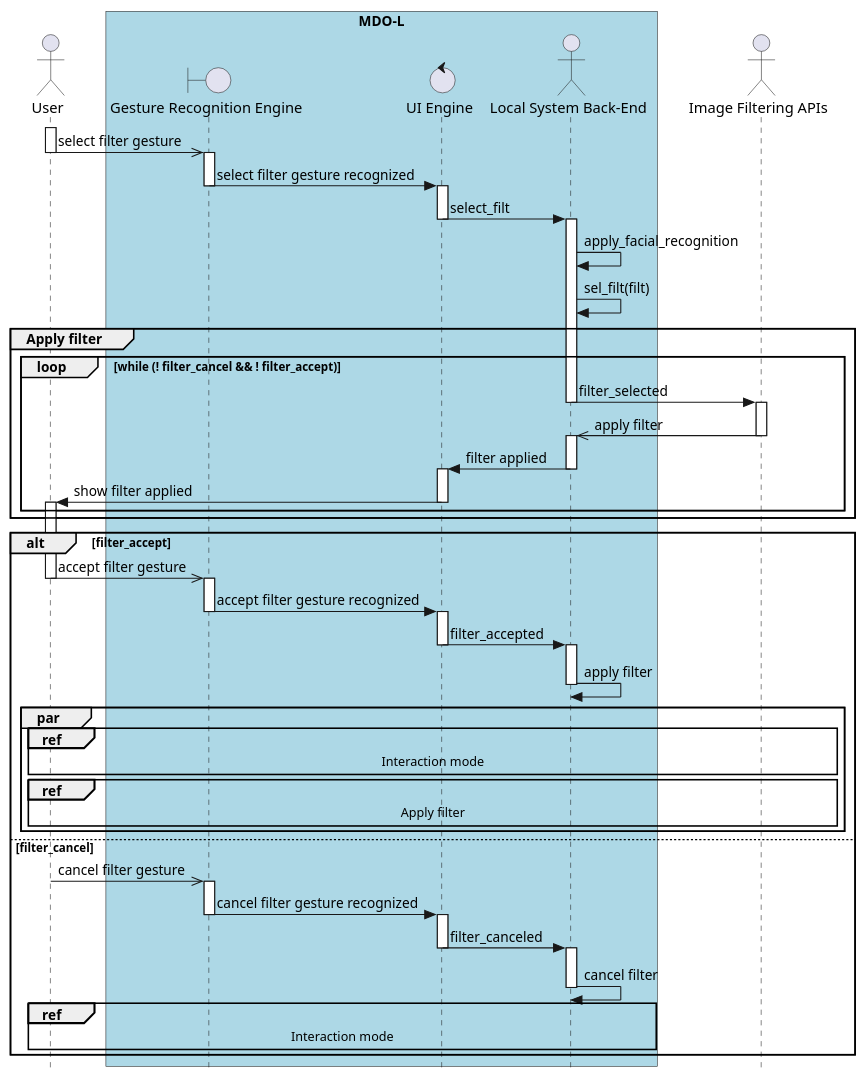
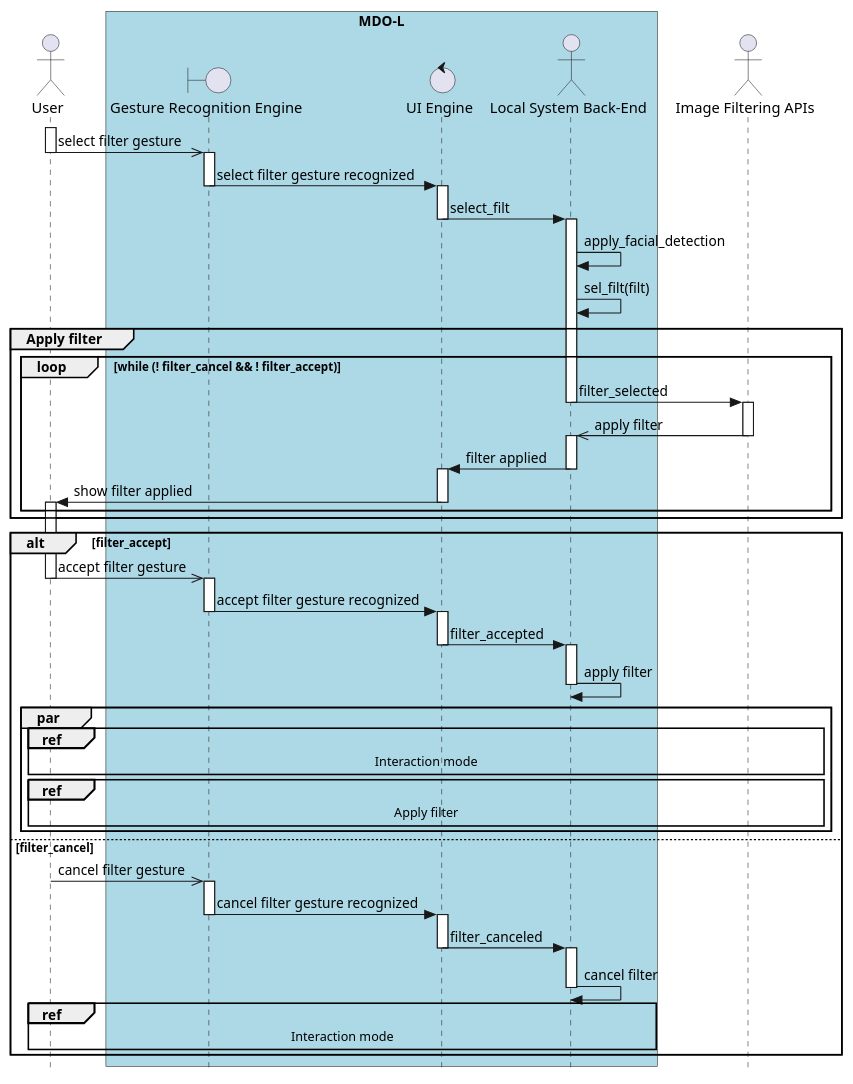
One commit to ElectroQuanta/MDO changed diagram 19 of 22 in Proj/readme.org. Above: the diagram before and after it, drawn with PlantUML. The commit also changed 22 other files, not shown here.

Commit message:
FIX: replace facial recognition by facial *detection*

```diff
--- a/Proj/readme.org
+++ b/Proj/readme.org
@@ -887,7 +887,7 @@
 UIE -> LS: select_filt
 deactivate UIE
 activate LS
-LS -> LS: apply_facial_recognition
+LS -> LS: apply_facial_detection
 LS -> LS: sel_filt(filt)
 group Apply filter
     loop while (! filter_cancel && ! filter_accept)
```
